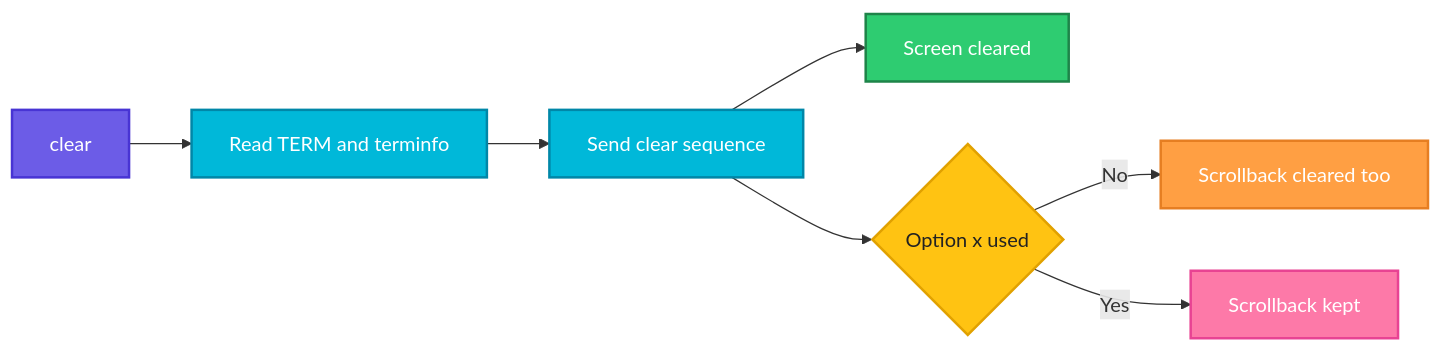
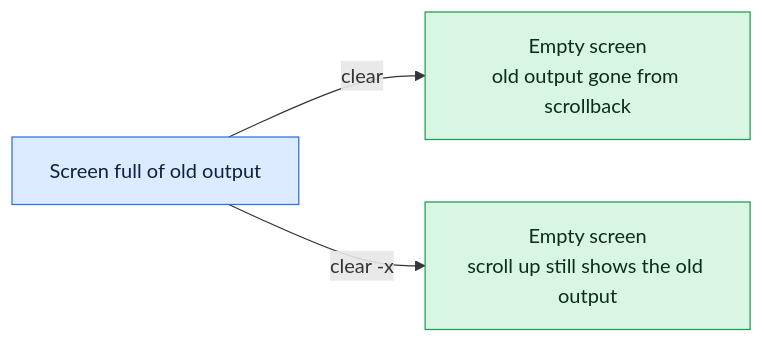
Before and after one commit to codeKerdosTech/DevOps-Documentation: the diagram in linux/shell-basics/clear.md, drawn with Mermaid. The commit also changed other lines of this file and 165 other files, not shown here.

Commit message:
updated diagrams in linux

````diff
--- a/linux/shell-basics/clear.md
+++ b/linux/shell-basics/clear.md
@@ -14,22 +14,12 @@
 ```mermaid
 flowchart LR
-    A[clear] --> B[Read TERM and terminfo]
-    B --> C[Send clear sequence]
-    C --> D[Screen cleared]
-    C --> E{Option x used}
-    E -->|No| F[Scrollback cleared too]
-    E -->|Yes| G[Scrollback kept]
-    classDef start fill:#6C5CE7,stroke:#4834D4,stroke-width:2px,color:#fff
-    classDef proc fill:#00B8D9,stroke:#0087A8,stroke-width:2px,color:#fff
-    classDef dec fill:#FFC312,stroke:#E1A100,stroke-width:2px,color:#222
-    classDef ok fill:#2ECC71,stroke:#1E8449,stroke-width:2px,color:#fff
-    classDef err fill:#FF4757,stroke:#C0392B,stroke-width:2px,color:#fff
-    classDef out fill:#FD79A8,stroke:#E84393,stroke-width:2px,color:#fff
-    classDef alt fill:#FF9F43,stroke:#E67E22,stroke-width:2px,color:#fff
-    class A start
-    class B,C proc
-    class D ok
-    class E dec
-    class F alt
-    class G out
+    i1[Screen full of old output] -->|clear| o1[Empty screen<br/>old output gone from scrollback]
+    i1 -->|clear -x| o2[Empty screen<br/>scroll up still shows the old output]
+    classDef inp fill:#DCEBFF,stroke:#2F6FDE,color:#10213F
+    classDef cmd fill:#FFF0C2,stroke:#C98A00,color:#3A2A00
+    classDef out fill:#D9F5E3,stroke:#1F9D55,color:#0B2E1A
+    classDef bad fill:#FDE0E0,stroke:#D13B3B,color:#4A0F0F
+    classDef note fill:#ECEFF3,stroke:#7B8794,color:#1F2933
+    class i1 inp
+    class o1,o2 out
 ```
````
